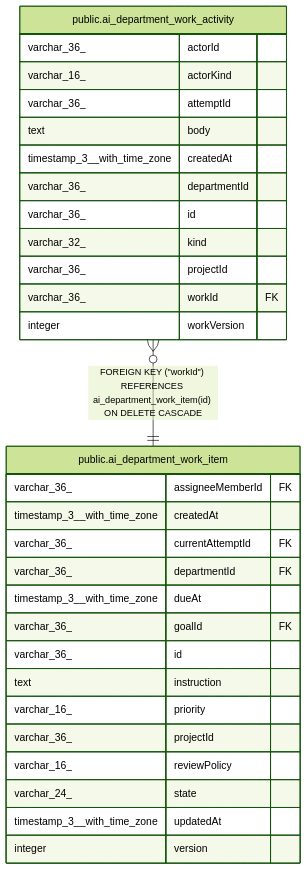
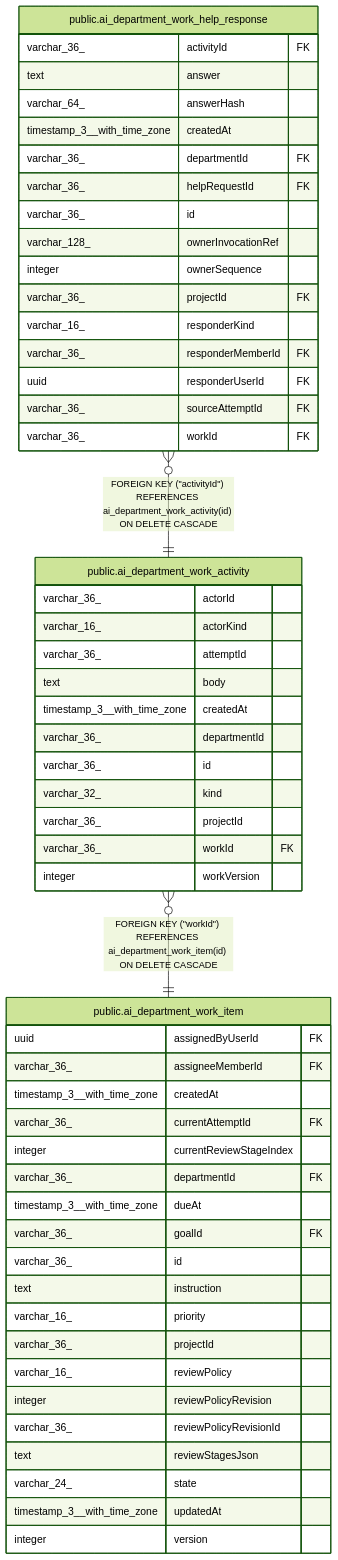
The diagram in docs/generated/postgres-schema/public.ai_department_work_activity.md (haison1234/Nexora), drawn with Mermaid (forest theme) before and after one commit. The commit also changed other lines of this file and 524 other files, not shown here.

````diff
--- a/docs/generated/postgres-schema/public.ai_department_work_activity.md
+++ b/docs/generated/postgres-schema/public.ai_department_work_activity.md
@@ -46,35 +47,58 @@
 ```mermaid
 erDiagram
 
+"public.ai_department_work_help_response" }o--|| "public.ai_department_work_activity" : "FOREIGN KEY (#quot;activityId#quot;) REFERENCES ai_department_work_activity(id) ON DELETE CASCADE"
 "public.ai_department_work_activity" }o--|| "public.ai_department_work_item" : "FOREIGN KEY (#quot;workId#quot;) REFERENCES ai_department_work_item(id) ON DELETE CASCADE"
 
 "public.ai_department_work_activity" {
   varchar_36_ actorId
   varchar_16_ actorKind
   varchar_36_ attemptId
   text body
   timestamp_3__with_time_zone createdAt
   varchar_36_ departmentId
   varchar_36_ id
   varchar_32_ kind
   varchar_36_ projectId
   varchar_36_ workId FK
   integer workVersion
 }
+"public.ai_department_work_help_response" {
+  varchar_36_ activityId FK
+  text answer
+  varchar_64_ answerHash
+  timestamp_3__with_time_zone createdAt
+  varchar_36_ departmentId FK
+  varchar_36_ helpRequestId FK
+  varchar_36_ id
+  varchar_128_ ownerInvocationRef
+  integer ownerSequence
+  varchar_36_ projectId FK
+  varchar_16_ responderKind
+  varchar_36_ responderMemberId FK
+  uuid responderUserId FK
+  varchar_36_ sourceAttemptId FK
+  varchar_36_ workId FK
+}
 "public.ai_department_work_item" {
+  uuid assignedByUserId FK
   varchar_36_ assigneeMemberId FK
   timestamp_3__with_time_zone createdAt
   varchar_36_ currentAttemptId FK
+  integer currentReviewStageIndex
   varchar_36_ departmentId FK
   timestamp_3__with_time_zone dueAt
   varchar_36_ goalId FK
   varchar_36_ id
   text instruction
   varchar_16_ priority
   varchar_36_ projectId
   varchar_16_ reviewPolicy
+  integer reviewPolicyRevision
+  varchar_36_ reviewPolicyRevisionId
+  text reviewStagesJson
   varchar_24_ state
   timestamp_3__with_time_zone updatedAt
   integer version
 }
 ```
````
